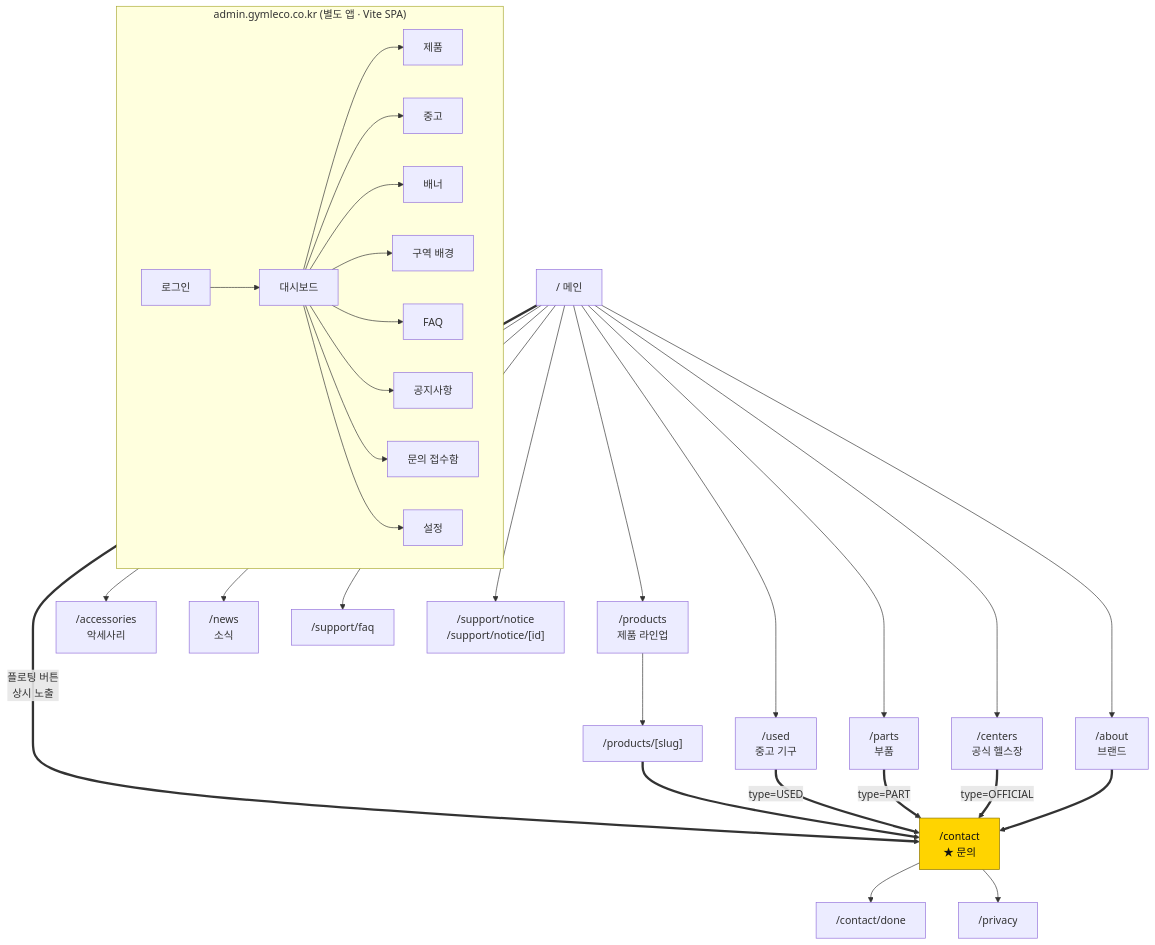
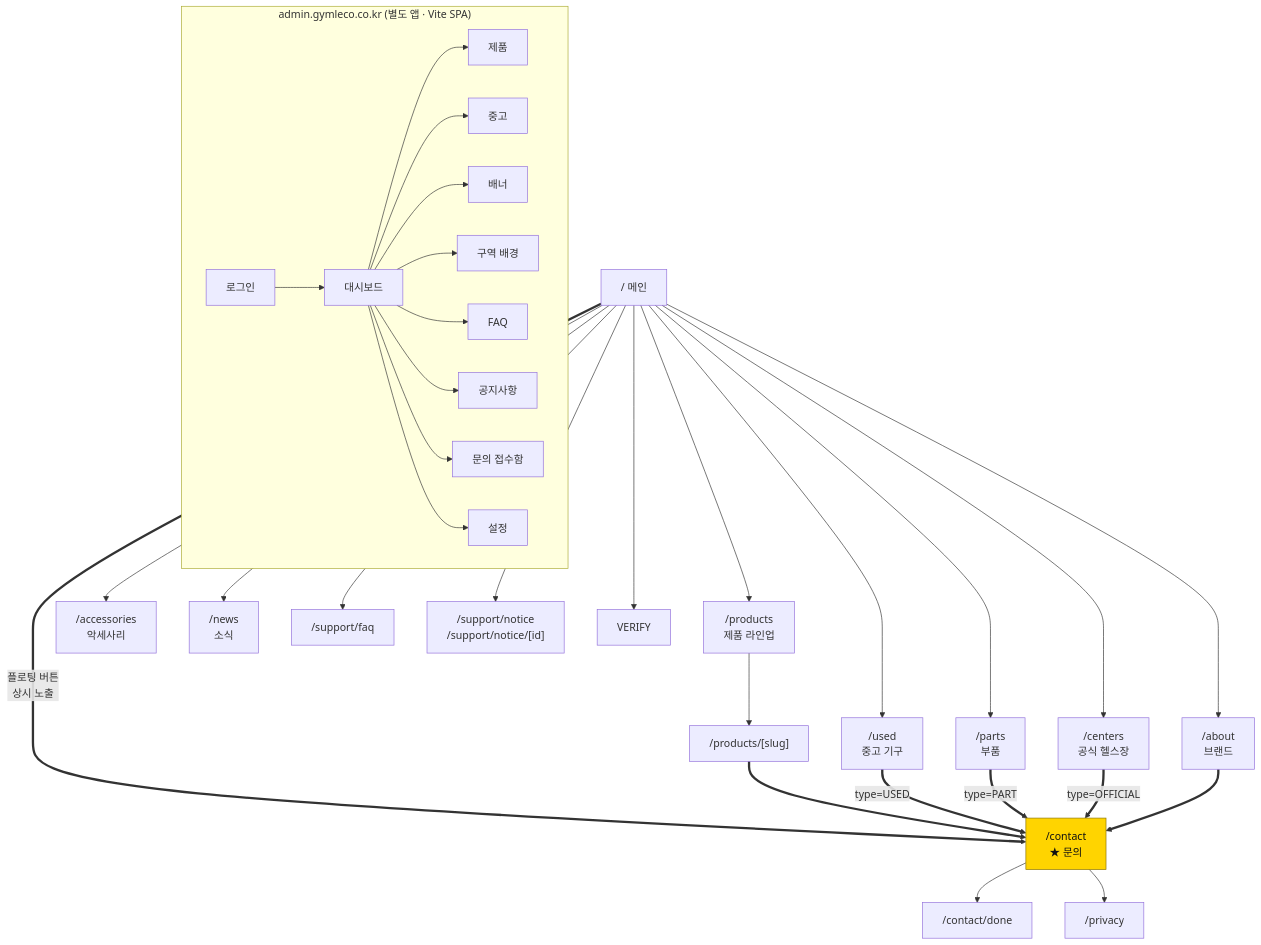
Before and after one commit to gymleco/.github: the first of 3 diagrams in docs/04-screens.md, drawn with Mermaid. The commit also changed other lines of this file and 1 other file, not shown here.

````diff
--- a/docs/04-screens.md
+++ b/docs/04-screens.md
@@ -15,50 +18,51 @@
 ```mermaid
 flowchart TD
     HOME["/ 메인"]
     ABOUT["/about<br/>브랜드"]
     PLIST["/products<br/>제품 라인업"]
     PDETAIL["/products/[slug]"]
     USED["/used<br/>중고 기구"]
     PARTS["/parts<br/>부품"]
     ACC["/accessories<br/>악세사리"]
     CENTERS["/centers<br/>공식 헬스장"]
     NEWS["/news<br/>소식"]
     FAQ["/support/faq"]
     NOTICE["/support/notice<br/>/support/notice/[id]"]
     CONTACT["/contact<br/>★ 문의"]
     DONE["/contact/done"]
     PRIVACY["/privacy"]
 
     HOME --> PLIST --> PDETAIL
     HOME --> USED
     HOME --> PARTS
     HOME --> ACC
     HOME --> CENTERS
     HOME --> ABOUT
     HOME --> NEWS
     HOME --> FAQ
     HOME --> NOTICE
+    HOME --> VERIFY
     HOME ==>|"플로팅 버튼<br/>상시 노출"| CONTACT
     PDETAIL ==> CONTACT
     USED ==>|"type=USED"| CONTACT
     PARTS ==>|"type=PART"| CONTACT
     CENTERS ==>|"type=OFFICIAL"| CONTACT
     ABOUT ==> CONTACT
     CONTACT --> DONE
     CONTACT --> PRIVACY
 
     subgraph admin["admin.gymleco.co.kr (별도 앱 · Vite SPA)"]
         LOGIN["로그인"] --> DASH["대시보드"]
         DASH --> APROD["제품"]
         DASH --> AUSED["중고"]
         DASH --> ABAN["배너"]
         DASH --> ASEC["구역 배경"]
         DASH --> AFAQ["FAQ"]
         DASH --> ANOT["공지사항"]
         DASH --> AINQ["문의 접수함"]
         DASH --> ASET["설정"]
     end
 
     classDef cta fill:#ffd400,stroke:#8a7200,color:#111
     class CONTACT cta
 ```
````
